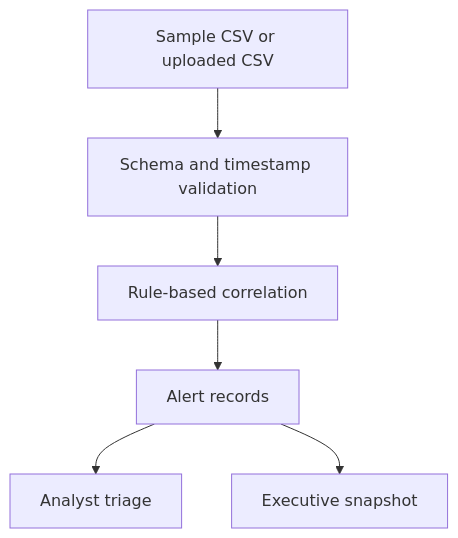
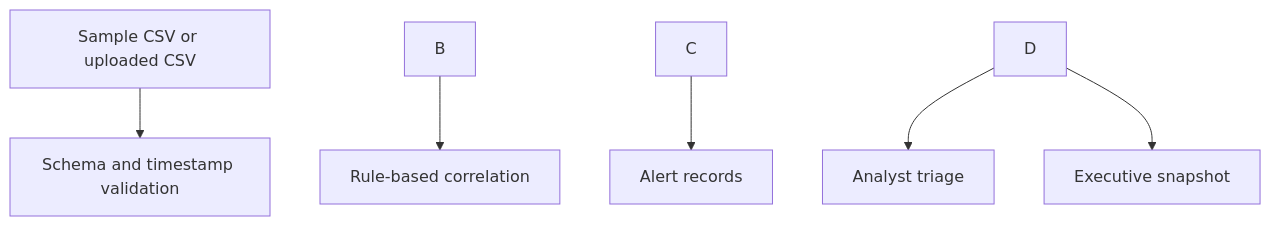
Before and after one commit to michaelperez24/soc-detection-lab: the diagram in README.md, drawn with Mermaid. The commit also changed other lines of this file, not shown here.

````diff
--- a/README.md
+++ b/README.md
@@ -30,8 +38,8 @@
 ```mermaid
 flowchart TD
-    A[Sample CSV or uploaded CSV] --> B[Schema and timestamp validation]
-    B --> C[Rule-based correlation]
-    C --> D[Alert records]
-    D --> E[Analyst triage]
-    D --> F[Executive snapshot]
+    A\[Sample CSV or uploaded CSV] --> B\[Schema and timestamp validation]
+    B --> C\[Rule-based correlation]
+    C --> D\[Alert records]
+    D --> E\[Analyst triage]
+    D --> F\[Executive snapshot]
 ```
````
